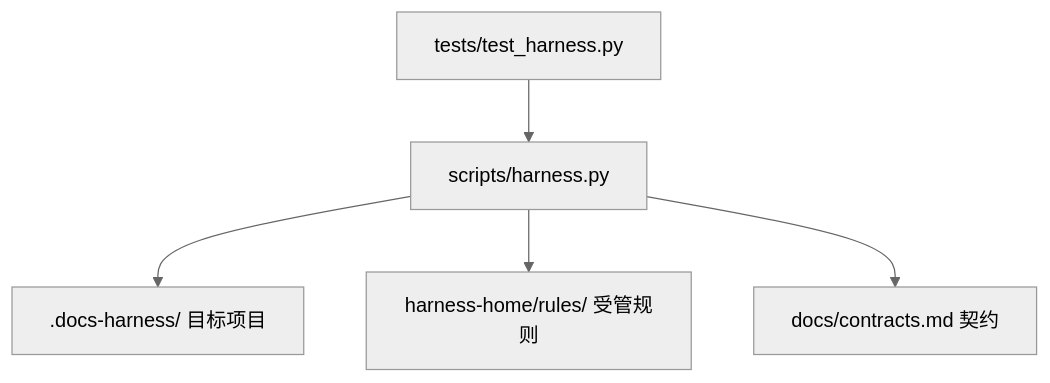
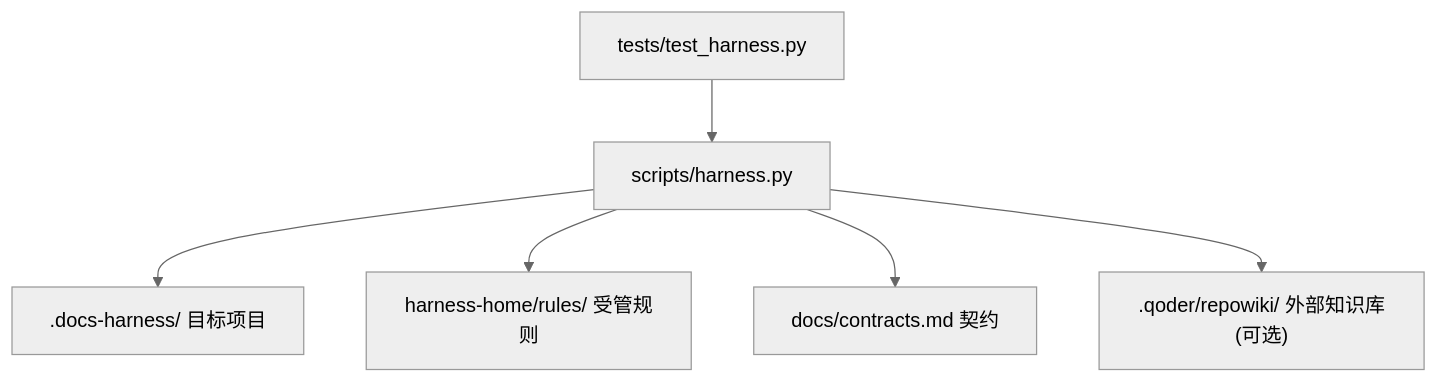
One commit to HackSing/docs-harness changed the fourth of 4 diagrams in .qoder/repowiki/zh/content/高级主题/部署与运维/版本升级.md. Above: the diagram before and after it, drawn with Mermaid (neutral theme). The commit also changed other lines of this file and 20 other files, not shown here.

Commit message:
docs: sync .qoder repowiki knowledge base regeneration

````diff
--- a/.qoder/repowiki/zh/content/高级主题/部署与运维/版本升级.md
+++ b/.qoder/repowiki/zh/content/高级主题/部署与运维/版本升级.md
@@ -237,7 +272,8 @@
 ```mermaid
 graph TB
 Controller["scripts/harness.py"] --> Target[".docs-harness/ 目标项目"]
 Controller --> Rules["harness-home/rules/ 受管规则"]
 Controller --> Contracts["docs/contracts.md 契约"]
+Controller --> RepoWiki[".qoder/repowiki/ 外部知识库(可选)"]
 Tests["tests/test_harness.py"] --> Controller
 ```
````
